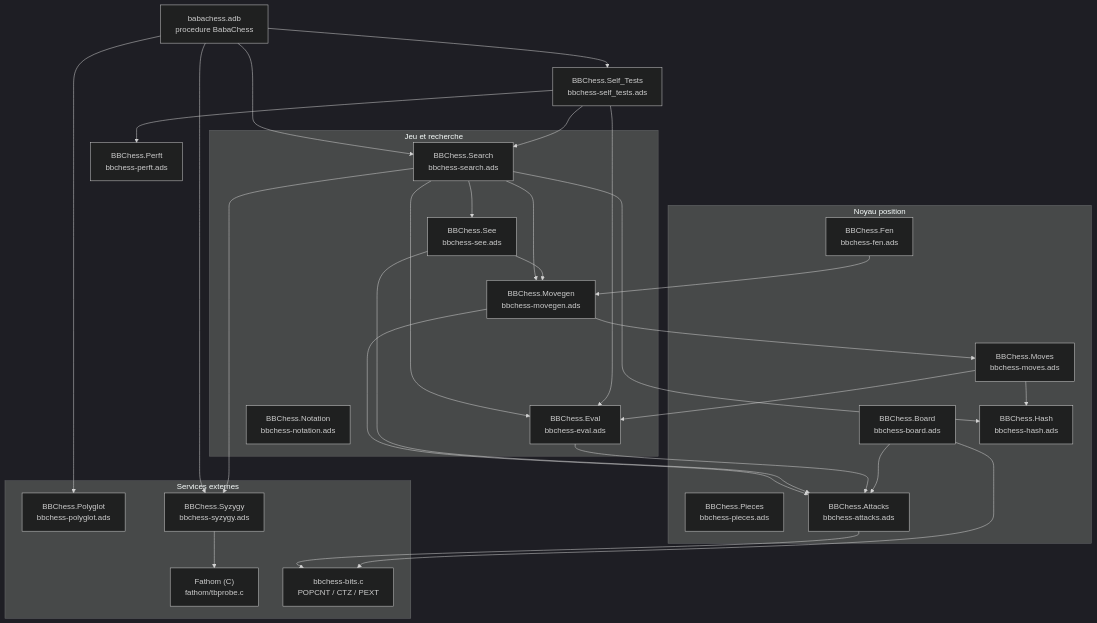
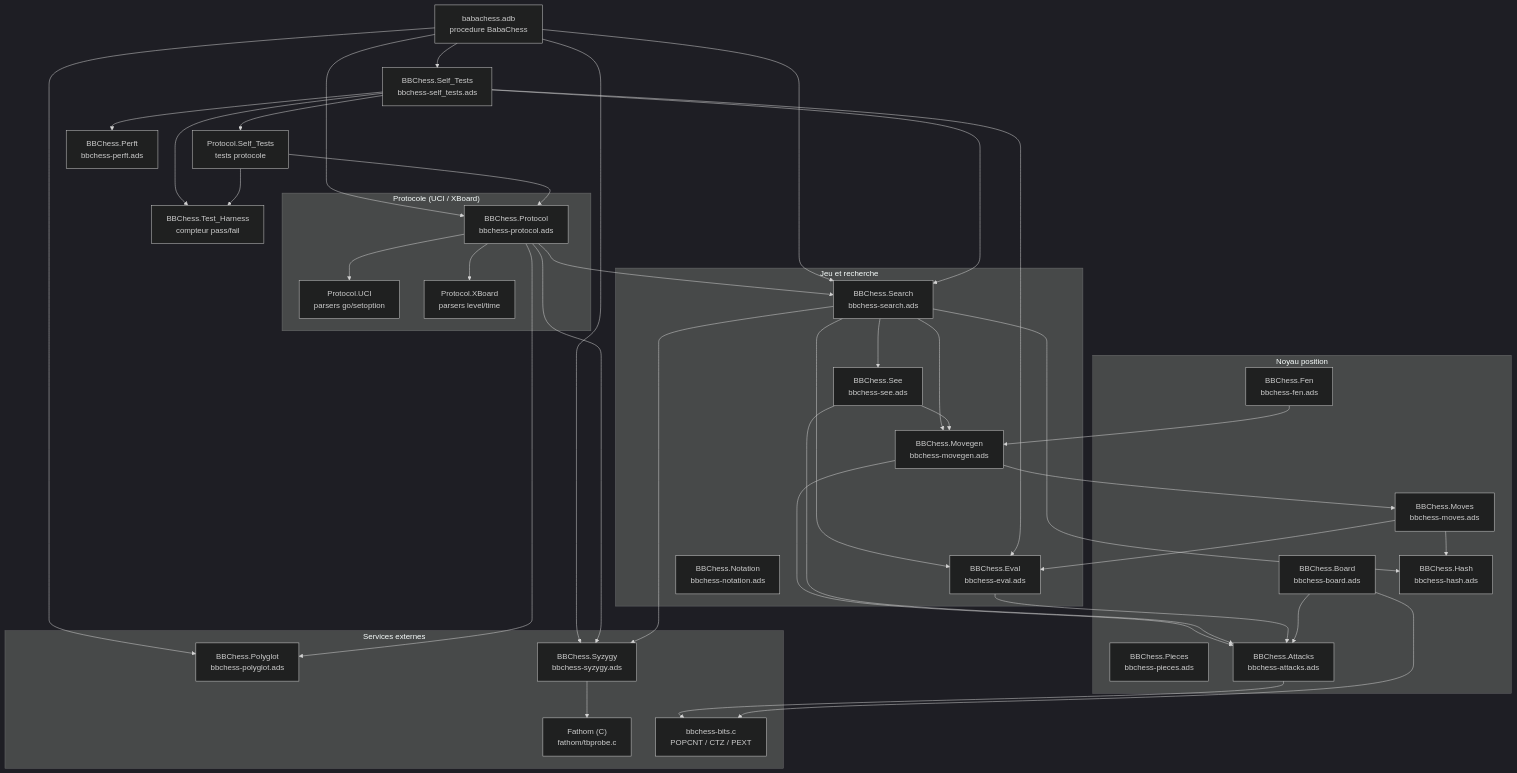
Before and after one commit to claurence57/BabaChess: the first of 2 diagrams in src/doc/README.md, drawn with Mermaid (dark theme). The commit also changed other lines of this file and 6 other files, not shown here.

````diff
--- a/src/doc/README.md
+++ b/src/doc/README.md
@@ -58,52 +59,69 @@
 ```mermaid
 flowchart TD
     Main["babachess.adb<br/>procedure BabaChess"]
     subgraph Noyau["Noyau position"]
         Pieces["BBChess.Pieces<br/>bbchess-pieces.ads"]
         Board["BBChess.Board<br/>bbchess-board.ads"]
         Moves["BBChess.Moves<br/>bbchess-moves.ads"]
         Hash["BBChess.Hash<br/>bbchess-hash.ads"]
         Attacks["BBChess.Attacks<br/>bbchess-attacks.ads"]
         Fen["BBChess.Fen<br/>bbchess-fen.ads"]
     end
     subgraph Jeu["Jeu et recherche"]
         Movegen["BBChess.Movegen<br/>bbchess-movegen.ads"]
         Search["BBChess.Search<br/>bbchess-search.ads"]
         Eval["BBChess.Eval<br/>bbchess-eval.ads"]
         See["BBChess.See<br/>bbchess-see.ads"]
         Notation["BBChess.Notation<br/>bbchess-notation.ads"]
     end
     subgraph Services["Services externes"]
         Polyglot["BBChess.Polyglot<br/>bbchess-polyglot.ads"]
         Syzygy["BBChess.Syzygy<br/>bbchess-syzygy.ads"]
         Fathom["Fathom (C)<br/>fathom/tbprobe.c"]
         Bits["bbchess-bits.c<br/>POPCNT / CTZ / PEXT"]
     end
+    subgraph Protocole["Protocole (UCI / XBoard)"]
+        Proto["BBChess.Protocol<br/>bbchess-protocol.ads"]
+        ProtoUCI["Protocol.UCI<br/>parsers go/setoption"]
+        ProtoXB["Protocol.XBoard<br/>parsers level/time"]
+    end
     Tests["BBChess.Self_Tests<br/>bbchess-self_tests.ads"]
+    ProtoTests["Protocol.Self_Tests<br/>tests protocole"]
+    Harness["BBChess.Test_Harness<br/>compteur pass/fail"]
     Perft["BBChess.Perft<br/>bbchess-perft.ads"]
 
+    Main --> Proto
     Main --> Search
     Main --> Polyglot
     Main --> Syzygy
     Main --> Tests
+    Proto --> ProtoUCI
+    Proto --> ProtoXB
+    Proto --> Search
+    Proto --> Polyglot
+    Proto --> Syzygy
     Search --> Movegen
     Search --> Eval
     Search --> See
     Search --> Syzygy
     Search --> Hash
     Movegen --> Attacks
     Movegen --> Moves
     See --> Attacks
     See --> Movegen
     Eval --> Attacks
     Fen --> Movegen
     Moves --> Hash
     Moves --> Eval
     Board --> Attacks
     Tests --> Perft
     Tests --> Search
     Tests --> Eval
+    Tests --> ProtoTests
+    ProtoTests --> Proto
+    Tests --> Harness
+    ProtoTests --> Harness
     Syzygy --> Fathom
     Attacks --> Bits
     Board --> Bits
 ```
````
